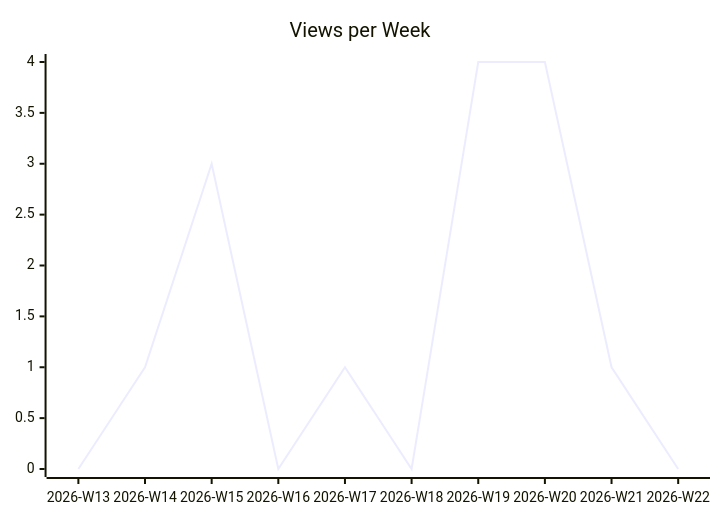
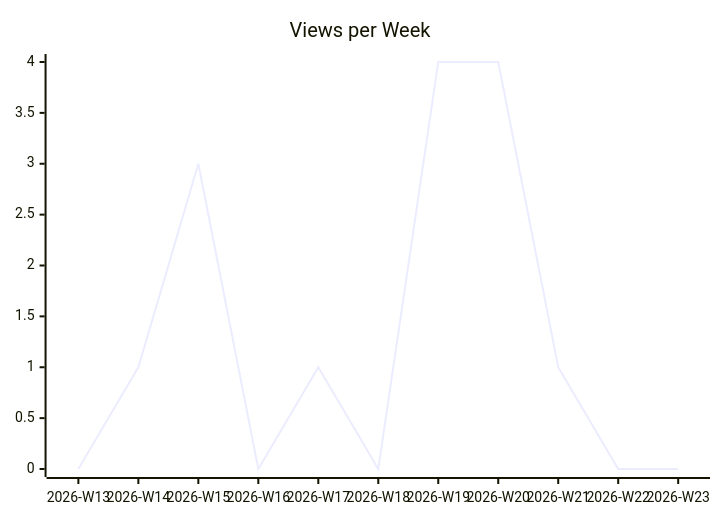
One commit to justdavis-family/github-analytics-data changed the second of 3 diagrams in justdavis-family/justdavis/README.md. Above: the diagram before and after it, drawn with Mermaid. The commit also changed other lines of this file and 186 other files, not shown here.

````diff
--- a/justdavis-family/justdavis/README.md
+++ b/justdavis-family/justdavis/README.md
@@ -12,6 +12,6 @@
 ```mermaid
 xychart-beta
   title "Views per Week"
-  x-axis ["2026-W13", "2026-W14", "2026-W15", "2026-W16", "2026-W17", "2026-W18", "2026-W19", "2026-W20", "2026-W21", "2026-W22"]
-  line [0, 1, 3, 0, 1, 0, 4, 4, 1, 0]
+  x-axis ["2026-W13", "2026-W14", "2026-W15", "2026-W16", "2026-W17", "2026-W18", "2026-W19", "2026-W20", "2026-W21", "2026-W22", "2026-W23"]
+  line [0, 1, 3, 0, 1, 0, 4, 4, 1, 0, 0]
 ```
````
